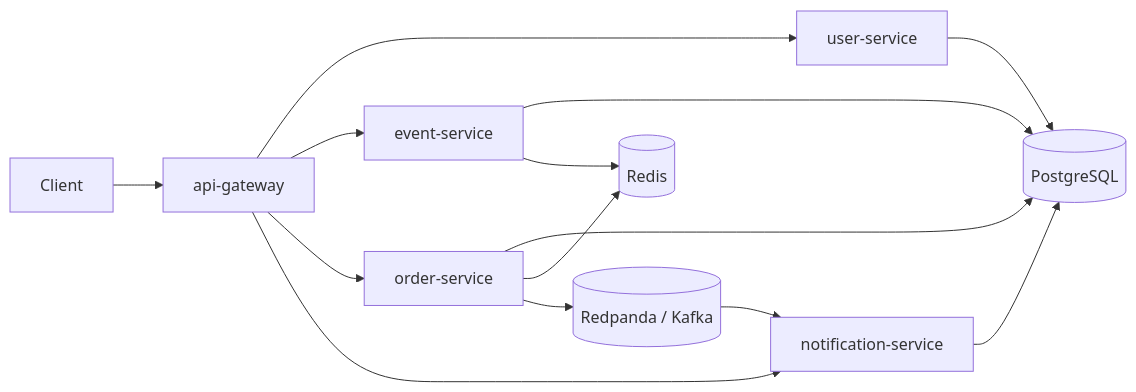
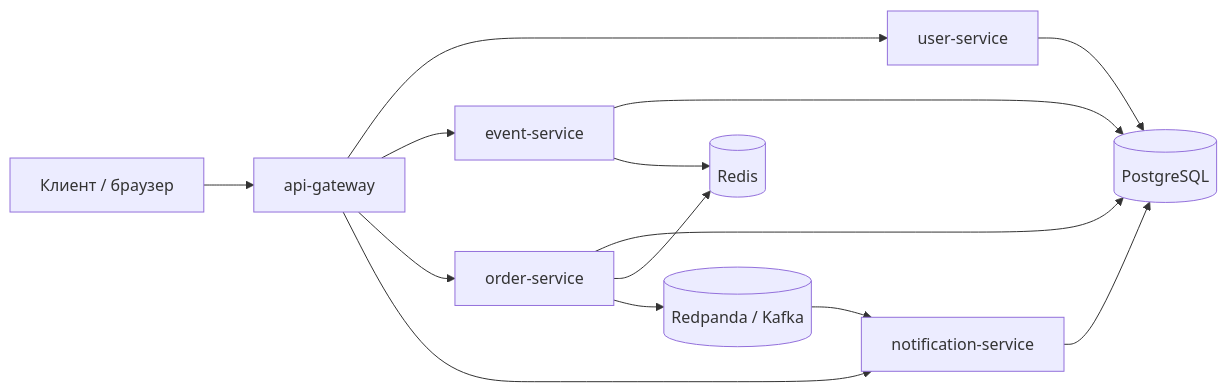
One commit to seregazakharin/TicketFlow changed the diagram in README.md. Above: the diagram before and after it, drawn with Mermaid. The commit also changed other lines of this file, not shown here.

````diff
--- a/README.md
+++ b/README.md
@@ -16,18 +18,19 @@
 ```mermaid
 flowchart LR
-    Client --> Gateway[api-gateway]
-    Gateway --> Users[user-service]
-    Gateway --> Events[event-service]
-    Gateway --> Orders[order-service]
-    Gateway --> Notifications[notification-service]
+    Client["Клиент / браузер"] --> Gateway["api-gateway"]
 
-    Users --> Postgres[(PostgreSQL)]
+    Gateway --> Users["user-service"]
+    Gateway --> Events["event-service"]
+    Gateway --> Orders["order-service"]
+    Gateway --> Notifications["notification-service"]
+
+    Users --> Postgres[("PostgreSQL")]
     Events --> Postgres
     Orders --> Postgres
     Notifications --> Postgres
 
-    Events --> Redis[(Redis)]
+    Events --> Redis[("Redis")]
     Orders --> Redis
-    Orders --> Kafka[(Redpanda / Kafka)]
+    Orders --> Kafka[("Redpanda / Kafka")]
     Kafka --> Notifications
 ```
````
